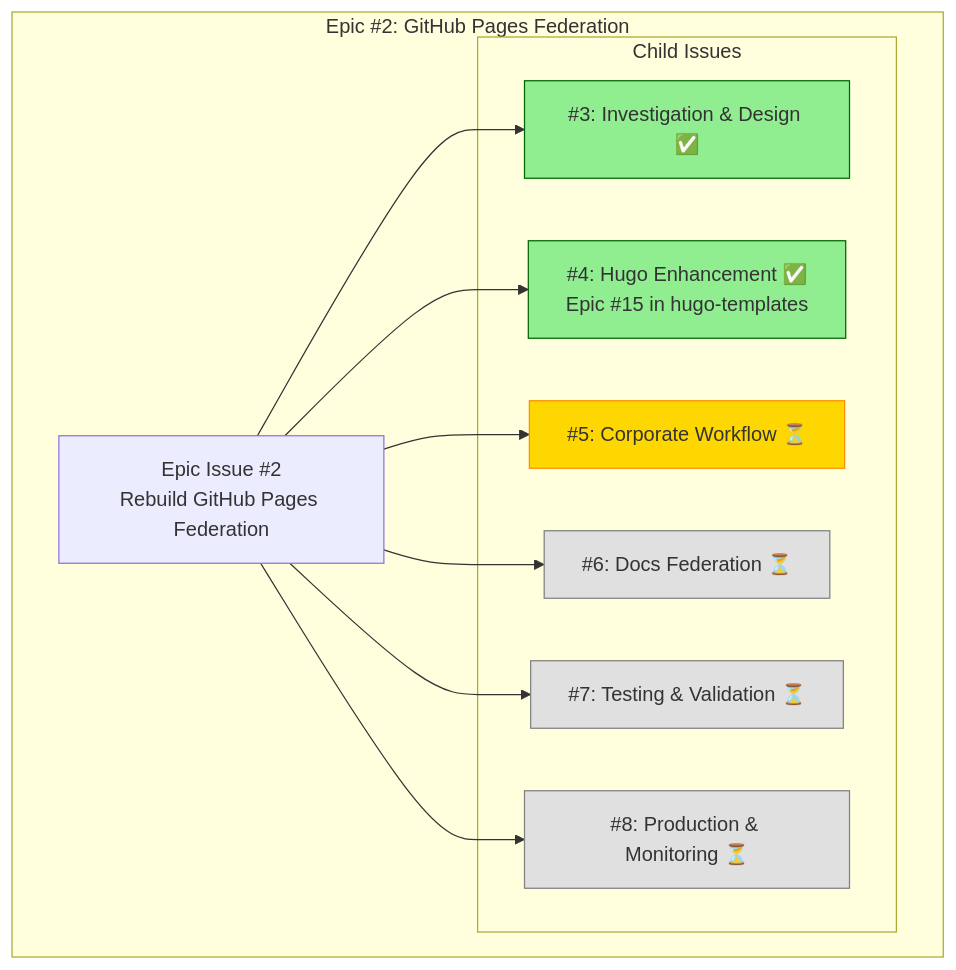
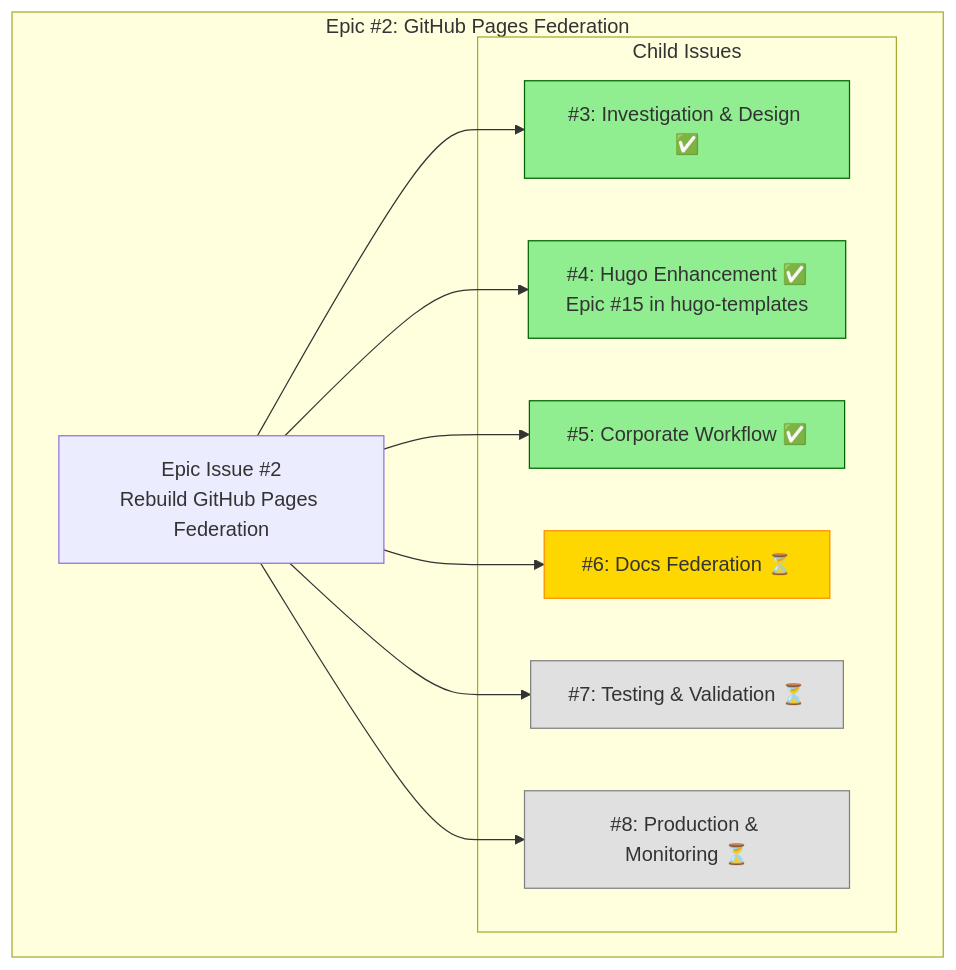
Before and after one commit to info-tech-io/info-tech-io.github.io: the first of 3 diagrams in docs/proposals/epic-2-github-pages-federation/progress.md, drawn with Mermaid. The commit also changed other lines of this file, not shown here.

````diff
--- a/docs/proposals/epic-2-github-pages-federation/progress.md
+++ b/docs/proposals/epic-2-github-pages-federation/progress.md
@@ -11,29 +11,29 @@
 ```mermaid
 graph TB
     subgraph "Epic #2: GitHub Pages Federation"
         E[Epic Issue #2<br/>Rebuild GitHub Pages Federation]
 
         subgraph "Child Issues"
             C1[#3: Investigation & Design ✅]
             C2[#4: Hugo Enhancement ✅<br/>Epic #15 in hugo-templates]
-            C3[#5: Corporate Workflow ⏳]
+            C3[#5: Corporate Workflow ✅]
             C4[#6: Docs Federation ⏳]
             C5[#7: Testing & Validation ⏳]
             C6[#8: Production & Monitoring ⏳]
         end
 
         E --> C1
         E --> C2
         E --> C3
         E --> C4
         E --> C5
         E --> C6
     end
 
     style C1 fill:#90EE90,stroke:#006400
     style C2 fill:#90EE90,stroke:#006400
-    style C3 fill:#FFD700,stroke:#FF8C00
-    style C4 fill:#E0E0E0,stroke:#808080
+    style C3 fill:#90EE90,stroke:#006400
+    style C4 fill:#FFD700,stroke:#FF8C00
     style C5 fill:#E0E0E0,stroke:#808080
     style C6 fill:#E0E0E0,stroke:#808080
 ```
````
